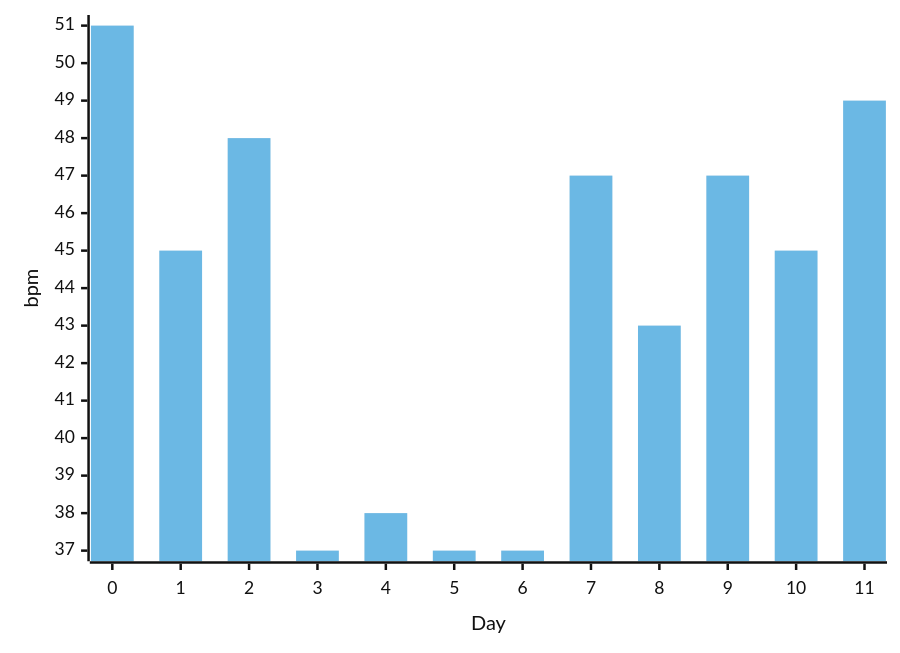
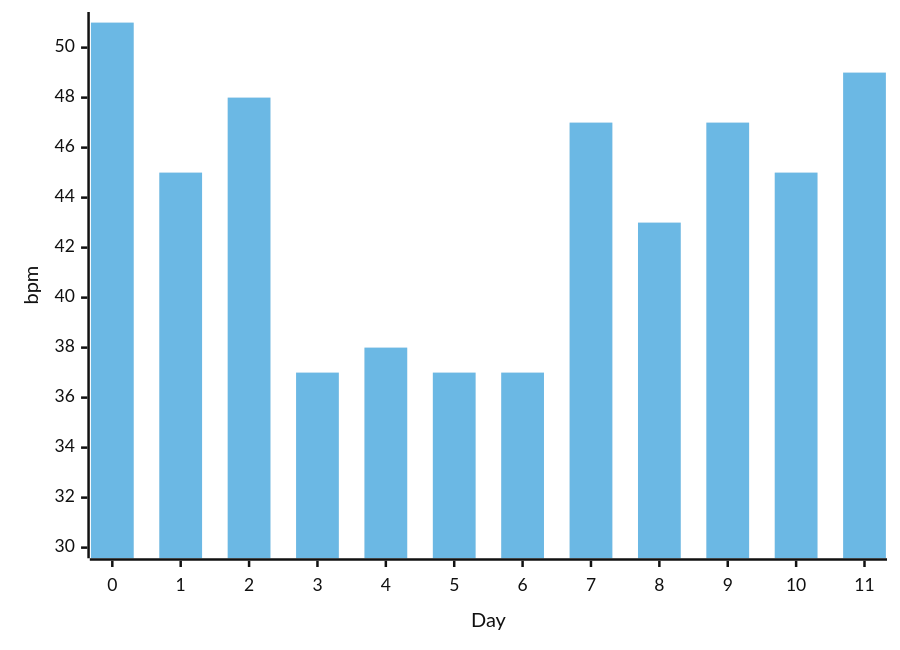
Diagram 12 of 16 in docs/articles/posts/personal-development/fasting/fasting.md (phil-m-kopp/phil-m-kopp.github.io), drawn with Mermaid (neutral theme) before and after one commit. The commit also changed other lines of this file and 1 other file, not shown here.

````diff
--- a/docs/articles/posts/personal-development/fasting/fasting.md
+++ b/docs/articles/posts/personal-development/fasting/fasting.md
@@ -297,8 +300,8 @@
 ``` mermaid
 xychart-beta
     x-axis "Day" 0 --> 11
-    y-axis "bpm"
+    y-axis "bpm" 30 --> 51
 
     bar [51, 45, 48, 37, 38, 37, 37, 47, 43, 47, 45, 49]
     bar [51, 45, 48, 37, 38, 37, 37, 47, 43, 47, 45, 49]
 ```
````
